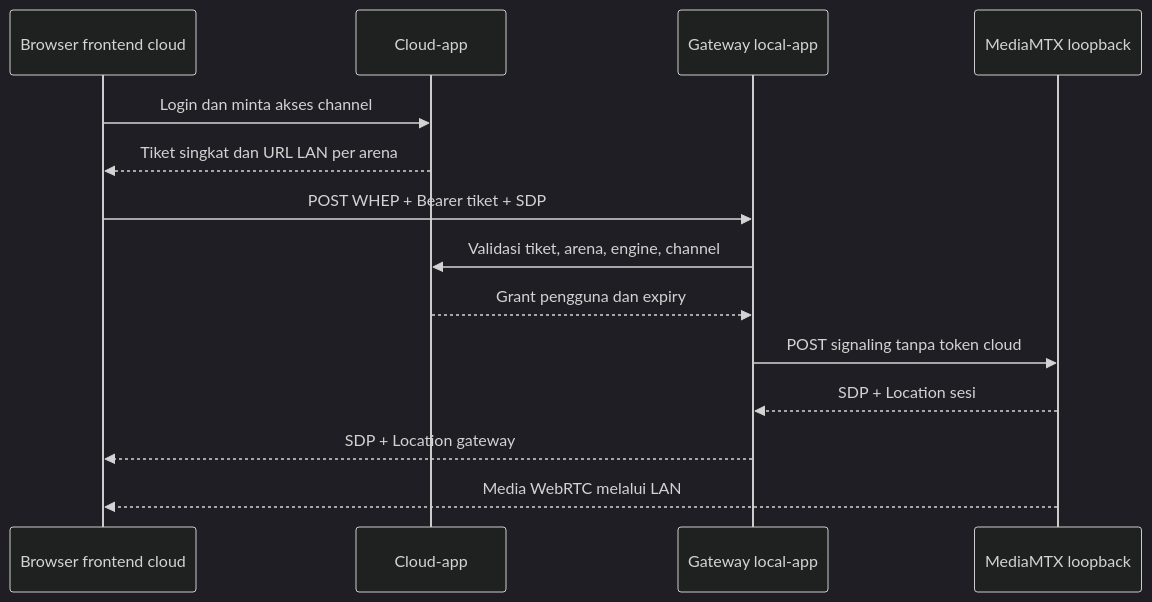
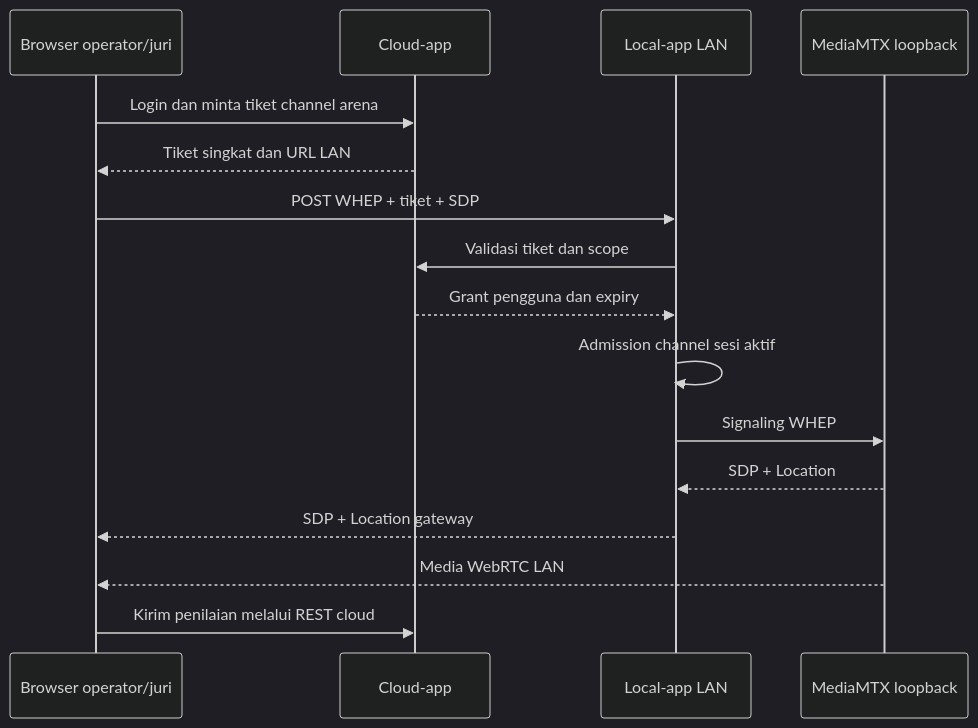
One commit to bachtiarilham/kicau-mania changed the diagram in local-app/ALUR-END-TO-END.md. Above: the diagram before and after it, drawn with Mermaid (dark theme). The commit also changed other lines of this file and 59 other files, not shown here.

````diff
--- a/local-app/ALUR-END-TO-END.md
+++ b/local-app/ALUR-END-TO-END.md
@@ -15,16 +21,18 @@
 ```mermaid
 sequenceDiagram
-    participant B as Browser frontend cloud
+    participant B as Browser operator/juri
     participant C as Cloud-app
-    participant L as Gateway local-app
+    participant L as Local-app LAN
     participant M as MediaMTX loopback
-    B->>C: Login dan minta akses channel
-    C-->>B: Tiket singkat dan URL LAN per arena
-    B->>L: POST WHEP + Bearer tiket + SDP
-    L->>C: Validasi tiket, arena, engine, channel
+    B->>C: Login dan minta tiket channel arena
+    C-->>B: Tiket singkat dan URL LAN
+    B->>L: POST WHEP + tiket + SDP
+    L->>C: Validasi tiket dan scope
     C-->>L: Grant pengguna dan expiry
-    L->>M: POST signaling tanpa token cloud
-    M-->>L: SDP + Location sesi
+    L->>L: Admission channel sesi aktif
+    L->>M: Signaling WHEP
+    M-->>L: SDP + Location
     L-->>B: SDP + Location gateway
-    M-->>B: Media WebRTC melalui LAN
+    M-->>B: Media WebRTC LAN
+    B->>C: Kirim penilaian melalui REST cloud
 ```
````
